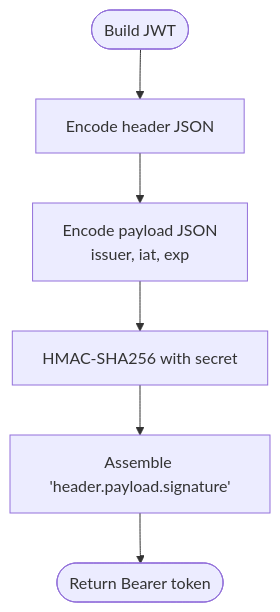
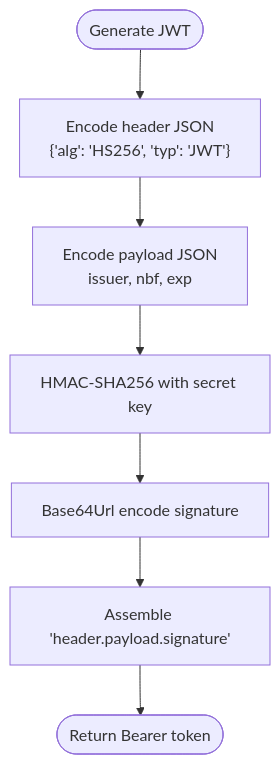
One commit to cripnail/kling_app changed the fourth of 7 diagrams in .qoder/repowiki/en/content/Core Features/Core Features.md. Above: the diagram before and after it, drawn with Mermaid. The commit also changed other lines of this file and 15 other files, not shown here.

````diff
--- a/.qoder/repowiki/en/content/Core Features/Core Features.md
+++ b/.qoder/repowiki/en/content/Core Features/Core Features.md
@@ -147,8 +185,9 @@
 ```mermaid
 flowchart TD
-Start(["Build JWT"]) --> BuildHeader["Encode header JSON"]
-BuildHeader --> BuildPayload["Encode payload JSON<br/>issuer, iat, exp"]
-BuildPayload --> Sign["HMAC-SHA256 with secret"]
-Sign --> Assemble["Assemble 'header.payload.signature'"]
-Assemble --> End(["Return Bearer token"])
+Start(["Generate JWT"]) --> BuildHeader["Encode header JSON<br/>{'alg': 'HS256', 'typ': 'JWT'}"]
+BuildHeader --> BuildPayload["Encode payload JSON<br/>issuer, nbf, exp"]
+BuildPayload --> Sign["HMAC-SHA256 with secret key"]
+Sign --> EncodeSignature["Base64Url encode signature"]
+EncodeSignature --> Assemble["Assemble 'header.payload.signature'"]
+Assemble --> Return(["Return Bearer token"])
 ```
````
